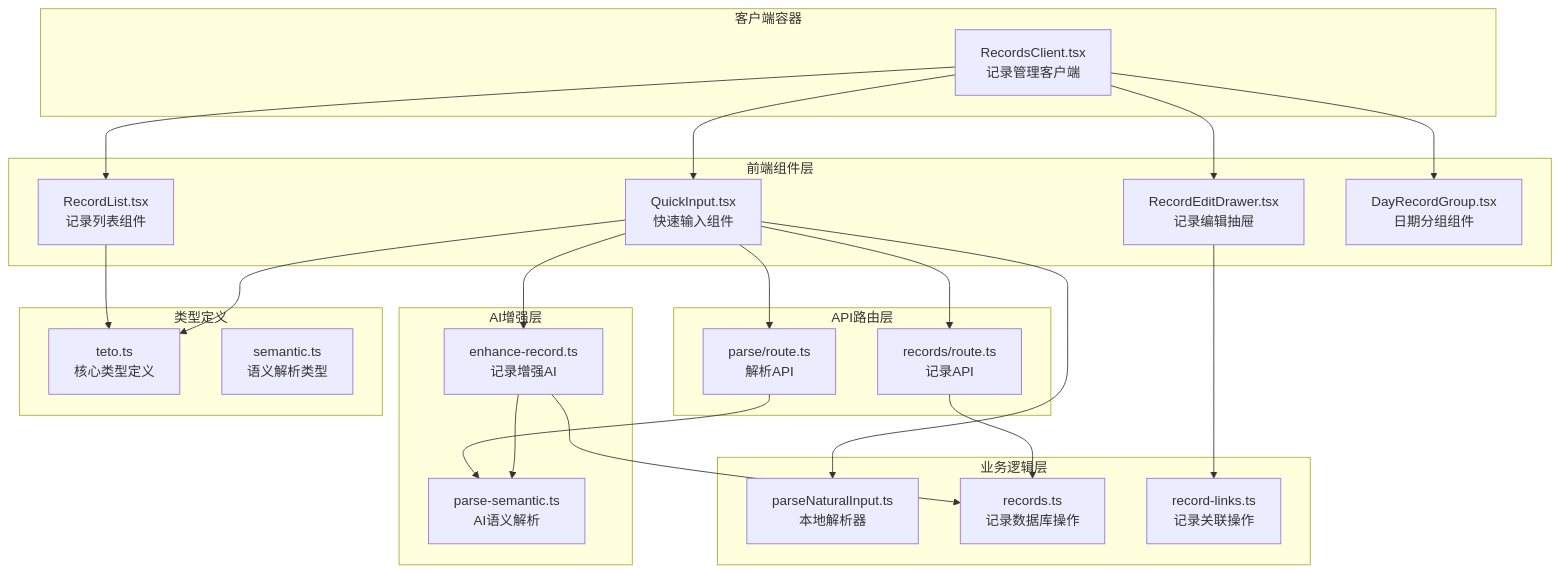
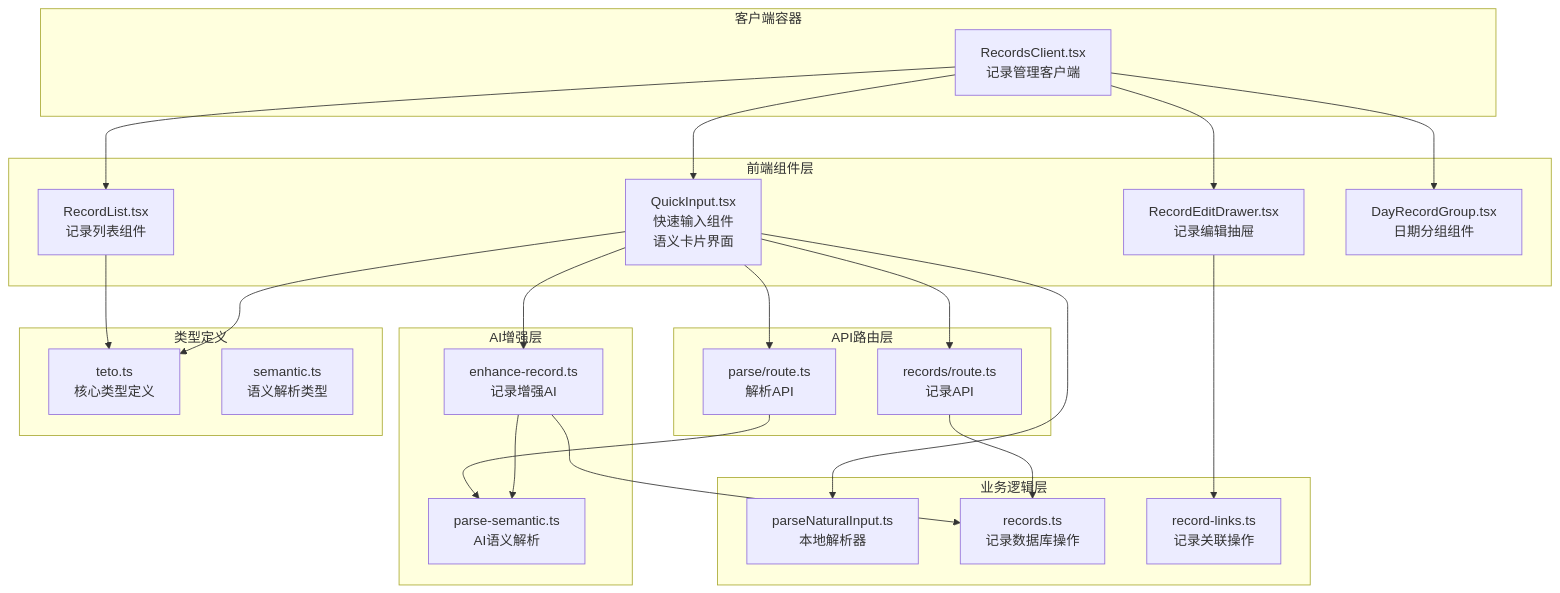
One commit to bbong1234/TETO changed the first of 7 diagrams in .qoder/repowiki/zh/content/核心功能模块/记录管理系统/记录录入功能.md. Above: the diagram before and after it, drawn with Mermaid. The commit also changed other lines of this file and 10 other files, not shown here.

````diff
--- a/.qoder/repowiki/zh/content/核心功能模块/记录管理系统/记录录入功能.md
+++ b/.qoder/repowiki/zh/content/核心功能模块/记录管理系统/记录录入功能.md
@@ -59,44 +61,44 @@
 ```mermaid
 graph TB
 subgraph "前端组件层"
-QuickInput[QuickInput.tsx<br/>快速输入组件]
+QuickInput[QuickInput.tsx<br/>快速输入组件<br/>语义卡片界面]
 RecordList[RecordList.tsx<br/>记录列表组件]
 RecordEdit[RecordEditDrawer.tsx<br/>记录编辑抽屉]
 DayGroup[DayRecordGroup.tsx<br/>日期分组组件]
 end
 subgraph "客户端容器"
 RecordsClient[RecordsClient.tsx<br/>记录管理客户端]
 end
 subgraph "API路由层"
 RecordsAPI[records/route.ts<br/>记录API]
 ParseAPI[parse/route.ts<br/>解析API]
 end
 subgraph "AI增强层"
 EnhanceAI[enhance-record.ts<br/>记录增强AI]
 ParseSemantic[parse-semantic.ts<br/>AI语义解析]
 end
 subgraph "业务逻辑层"
 ParseUtils[parseNaturalInput.ts<br/>本地解析器]
 RecordDB[records.ts<br/>记录数据库操作]
 LinkDB[record-links.ts<br/>记录关联操作]
 end
 subgraph "类型定义"
 Types[teto.ts<br/>核心类型定义]
 SemanticTypes[semantic.ts<br/>语义解析类型]
 end
 RecordsClient --> QuickInput
 RecordsClient --> RecordList
 RecordsClient --> RecordEdit
 RecordsClient --> DayGroup
 QuickInput --> ParseUtils
 QuickInput --> ParseAPI
 QuickInput --> RecordsAPI
 QuickInput --> EnhanceAI
 RecordsAPI --> RecordDB
 ParseAPI --> ParseSemantic
 RecordEdit --> LinkDB
 RecordList --> Types
 QuickInput --> Types
 EnhanceAI --> ParseSemantic
 EnhanceAI --> RecordDB
 ```
````
